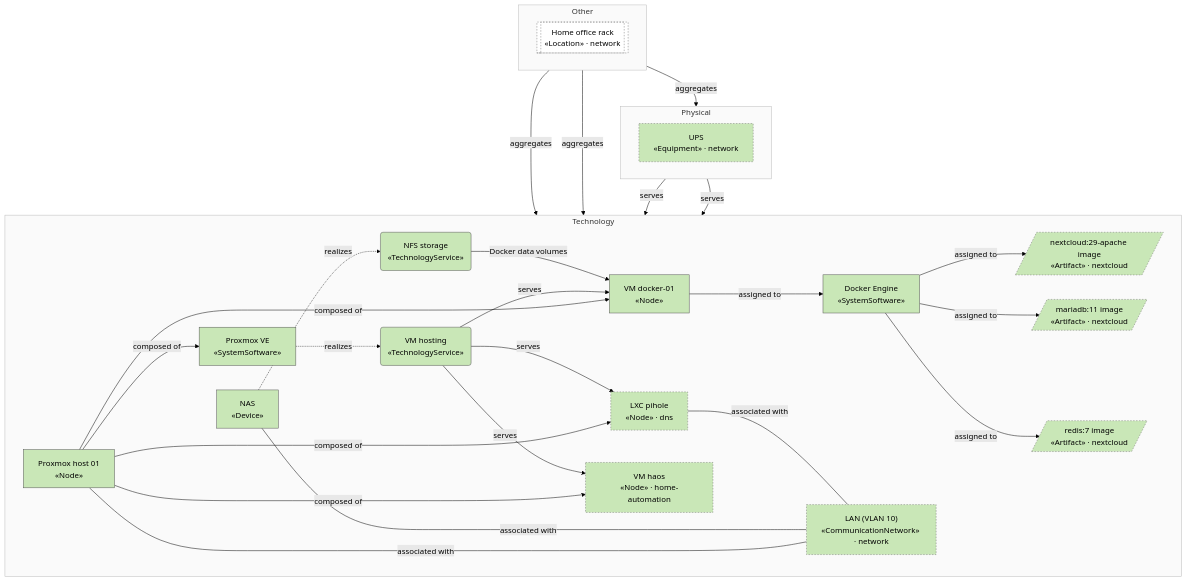
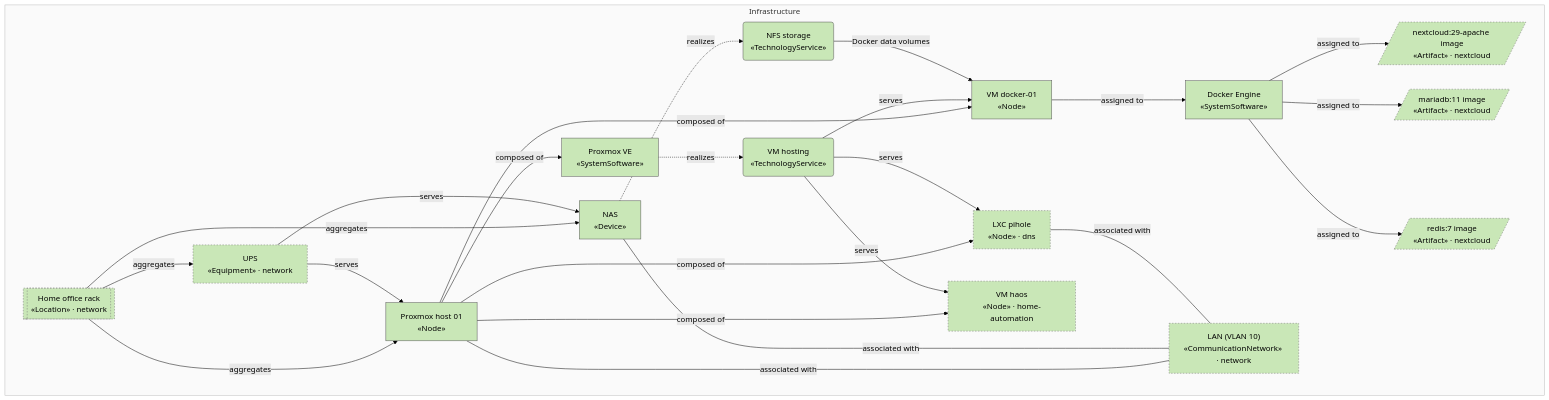
Before and after one commit to b-zig/a4m: the second of 3 diagrams in docs/compute/view-infrastructure.md, drawn with Mermaid (forest theme). The commit also changed other lines of this file and 83 other files, not shown here.

````diff
--- a/docs/compute/view-infrastructure.md
+++ b/docs/compute/view-infrastructure.md
@@ -78,60 +66,48 @@
 ```mermaid
 flowchart TB
-  subgraph layer_technology["Technology"]
+  subgraph layer_infrastructure["Infrastructure"]
     direction LR
-    tech_pve_01["Proxmox host 01<br/>«Node»"]
-    tech_proxmox_ve["Proxmox VE<br/>«SystemSoftware»"]
-    tech_vm_docker["VM docker-01<br/>«Node»"]
-    tech_docker["Docker Engine<br/>«SystemSoftware»"]
-    tech_nas["NAS<br/>«Device»"]
-    tech_svc_vm_hosting("VM hosting<br/>«TechnologyService»")
-    tech_svc_nfs("NFS storage<br/>«TechnologyService»")
-    dns__tech_lxc_pihole["LXC pihole<br/>«Node» · dns"]
-    home_automation__tech_vm_haos["VM haos<br/>«Node» · home-automation"]
-    network__tech_net_lan["LAN (VLAN 10)<br/>«CommunicationNetwork» · network"]
-    nextcloud__tech_art_mariadb[/"mariadb:11 image<br/>«Artifact» · nextcloud"/]
-    nextcloud__tech_art_nextcloud[/"nextcloud:29-apache image<br/>«Artifact» · nextcloud"/]
-    nextcloud__tech_art_redis[/"redis:7 image<br/>«Artifact» · nextcloud"/]
+    infra_pve_01["Proxmox host 01<br/>«Node»"]
+    infra_proxmox_ve["Proxmox VE<br/>«SystemSoftware»"]
+    infra_vm_docker["VM docker-01<br/>«Node»"]
+    infra_docker["Docker Engine<br/>«SystemSoftware»"]
+    infra_nas["NAS<br/>«Device»"]
+    infra_svc_vm_hosting("VM hosting<br/>«TechnologyService»")
+    infra_svc_nfs("NFS storage<br/>«TechnologyService»")
+    dns__infra_lxc_pihole["LXC pihole<br/>«Node» · dns"]
+    home_automation__infra_vm_haos["VM haos<br/>«Node» · home-automation"]
+    network__infra_loc_home[["Home office rack<br/>«Location» · network"]]
+    network__infra_net_lan["LAN (VLAN 10)<br/>«CommunicationNetwork» · network"]
+    network__infra_ups["UPS<br/>«Equipment» · network"]
+    nextcloud__infra_art_mariadb[/"mariadb:11 image<br/>«Artifact» · nextcloud"/]
+    nextcloud__infra_art_nextcloud[/"nextcloud:29-apache image<br/>«Artifact» · nextcloud"/]
+    nextcloud__infra_art_redis[/"redis:7 image<br/>«Artifact» · nextcloud"/]
   end
-  subgraph layer_physical["Physical"]
-    direction LR
-    network__phys_ups["UPS<br/>«Equipment» · network"]
-  end
-  subgraph layer_other["Other"]
-    direction LR
-    network__oth_loc_home[["Home office rack<br/>«Location» · network"]]
-  end
-  tech_pve_01 -->|"composed of"| tech_proxmox_ve
-  tech_pve_01 -->|"composed of"| tech_vm_docker
-  tech_proxmox_ve -.->|"realizes"| tech_svc_vm_hosting
-  tech_svc_vm_hosting -->|"serves"| tech_vm_docker
-  tech_vm_docker -->|"assigned to"| tech_docker
-  tech_nas -.->|"realizes"| tech_svc_nfs
-  tech_svc_nfs -->|"Docker data volumes"| tech_vm_docker
-  network__oth_loc_home -->|"aggregates"| tech_pve_01
-  network__oth_loc_home -->|"aggregates"| tech_nas
-  network__phys_ups -->|"serves"| tech_pve_01
-  network__phys_ups -->|"serves"| tech_nas
-  tech_pve_01 ---|"associated with"| network__tech_net_lan
-  tech_nas ---|"associated with"| network__tech_net_lan
-  tech_pve_01 -->|"composed of"| dns__tech_lxc_pihole
-  tech_svc_vm_hosting -->|"serves"| dns__tech_lxc_pihole
-  dns__tech_lxc_pihole ---|"associated with"| network__tech_net_lan
-  tech_pve_01 -->|"composed of"| home_automation__tech_vm_haos
-  tech_svc_vm_hosting -->|"serves"| home_automation__tech_vm_haos
-  network__oth_loc_home -->|"aggregates"| network__phys_ups
-  tech_docker -->|"assigned to"| nextcloud__tech_art_nextcloud
-  tech_docker -->|"assigned to"| nextcloud__tech_art_mariadb
-  tech_docker -->|"assigned to"| nextcloud__tech_art_redis
-  classDef technology fill:#C9E7B7,stroke:#555,color:#000
-  class tech_pve_01,tech_proxmox_ve,tech_vm_docker,tech_docker,tech_nas,tech_svc_vm_hosting,tech_svc_nfs,dns__tech_lxc_pihole,home_automation__tech_vm_haos,network__tech_net_lan,nextcloud__tech_art_mariadb,nextcloud__tech_art_nextcloud,nextcloud__tech_art_redis technology
-  style layer_technology fill:#fafafa,stroke:#bbb
-  classDef physical fill:#C9E7B7,stroke:#555,color:#000
-  class network__phys_ups physical
-  style layer_physical fill:#fafafa,stroke:#bbb
-  classDef other fill:#FFFFFF,stroke:#555,color:#000
-  class network__oth_loc_home other
-  style layer_other fill:#fafafa,stroke:#bbb
+  infra_pve_01 -->|"composed of"| infra_proxmox_ve
+  infra_pve_01 -->|"composed of"| infra_vm_docker
+  infra_proxmox_ve -.->|"realizes"| infra_svc_vm_hosting
+  infra_svc_vm_hosting -->|"serves"| infra_vm_docker
+  infra_vm_docker -->|"assigned to"| infra_docker
+  infra_nas -.->|"realizes"| infra_svc_nfs
+  infra_svc_nfs -->|"Docker data volumes"| infra_vm_docker
+  network__infra_loc_home -->|"aggregates"| infra_pve_01
+  network__infra_loc_home -->|"aggregates"| infra_nas
+  network__infra_ups -->|"serves"| infra_pve_01
+  network__infra_ups -->|"serves"| infra_nas
+  infra_pve_01 ---|"associated with"| network__infra_net_lan
+  infra_nas ---|"associated with"| network__infra_net_lan
+  infra_pve_01 -->|"composed of"| dns__infra_lxc_pihole
+  infra_svc_vm_hosting -->|"serves"| dns__infra_lxc_pihole
+  dns__infra_lxc_pihole ---|"associated with"| network__infra_net_lan
+  infra_pve_01 -->|"composed of"| home_automation__infra_vm_haos
+  infra_svc_vm_hosting -->|"serves"| home_automation__infra_vm_haos
+  network__infra_loc_home -->|"aggregates"| network__infra_ups
+  infra_docker -->|"assigned to"| nextcloud__infra_art_nextcloud
+  infra_docker -->|"assigned to"| nextcloud__infra_art_mariadb
+  infra_docker -->|"assigned to"| nextcloud__infra_art_redis
+  classDef infrastructure fill:#C9E7B7,stroke:#555,color:#000
+  class infra_pve_01,infra_proxmox_ve,infra_vm_docker,infra_docker,infra_nas,infra_svc_vm_hosting,infra_svc_nfs,dns__infra_lxc_pihole,home_automation__infra_vm_haos,network__infra_loc_home,network__infra_net_lan,network__infra_ups,nextcloud__infra_art_mariadb,nextcloud__infra_art_nextcloud,nextcloud__infra_art_redis infrastructure
+  style layer_infrastructure fill:#fafafa,stroke:#bbb
   classDef foreign stroke:#777,stroke-dasharray:3 3
-  class dns__tech_lxc_pihole,home_automation__tech_vm_haos,network__oth_loc_home,network__phys_ups,network__tech_net_lan,nextcloud__tech_art_mariadb,nextcloud__tech_art_nextcloud,nextcloud__tech_art_redis foreign
+  class dns__infra_lxc_pihole,home_automation__infra_vm_haos,network__infra_loc_home,network__infra_net_lan,network__infra_ups,nextcloud__infra_art_mariadb,nextcloud__infra_art_nextcloud,nextcloud__infra_art_redis foreign
 ```
````
